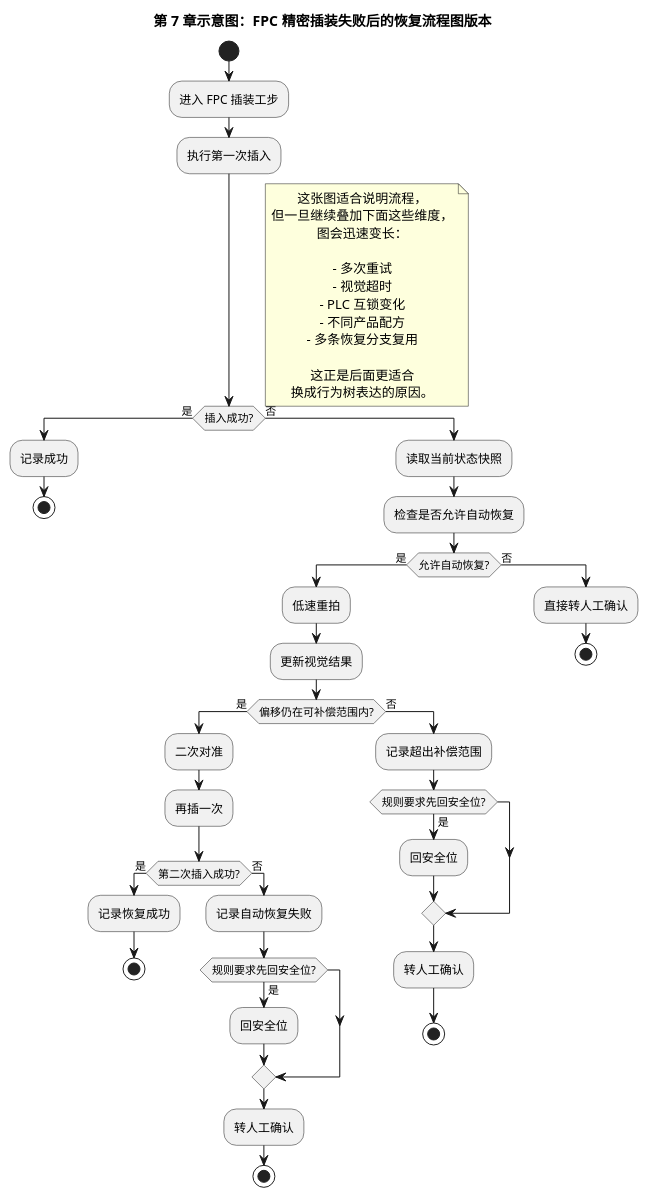
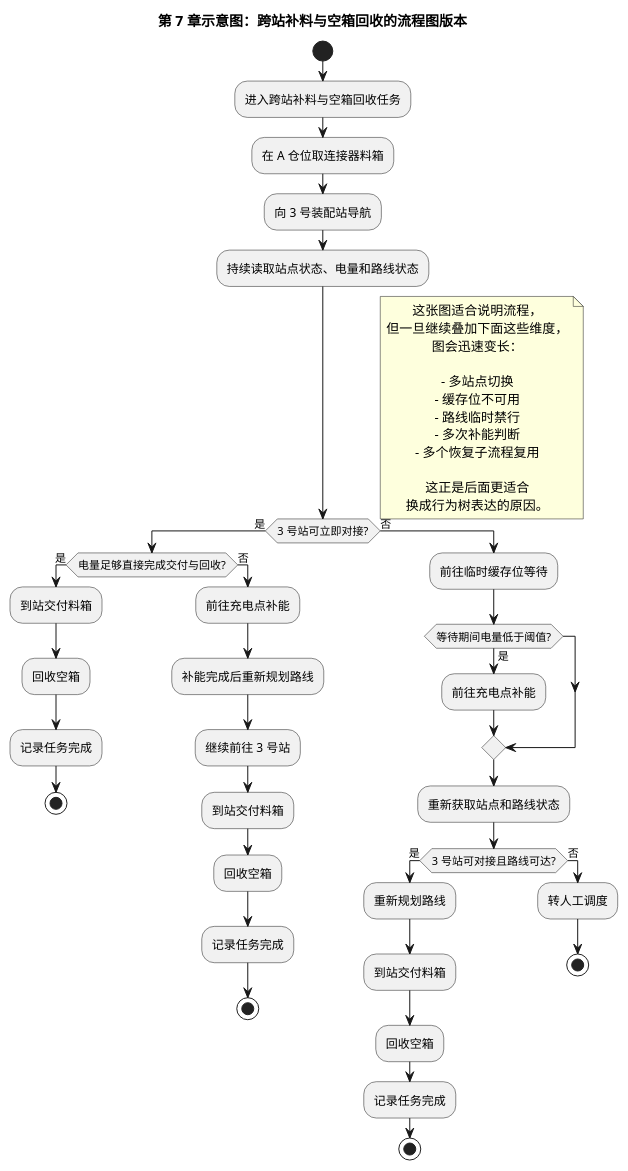
One commit to coolbeevip/coolbeevip.github.io changed the diagram in content/posts/embodied-ai/abb-isaac-agent-flexible-manufacturing-ai-first/diagrams/abb-isaac-agent-flexible-manufacturing-ai-first-07-why-behavior-tree-flowchart-example.puml. Above: the diagram before and after it, drawn with PlantUML. The commit also changed 5 other files, not shown here.

```diff
--- a/content/posts/embodied-ai/abb-isaac-agent-flexible-manufacturing-ai-first/diagrams/abb-isaac-agent-flexible-manufacturing-ai-first-07-why-behavior-tree-flowchart-example.puml
+++ b/content/posts/embodied-ai/abb-isaac-agent-flexible-manufacturing-ai-first/diagrams/abb-isaac-agent-flexible-manufacturing-ai-first-07-why-behavior-tree-flowchart-example.puml
@@ -1,74 +1,66 @@
 @startuml
-title 第 7 章示意图：FPC 精密插装失败后的恢复流程图版本
+title 第 7 章示意图：跨站补料与空箱回收的流程图版本
 
 skinparam shadowing false
 skinparam defaultTextAlignment center
 skinparam wrapWidth 220
 
 start
 
-:进入 FPC 插装工步;
-:执行第一次插入;
+:进入跨站补料与空箱回收任务;
+:在 A 仓位取连接器料箱;
+:向 3 号装配站导航;
+:持续读取站点状态、电量和路线状态;
 
-if (插入成功?) then (是)
-  :记录成功;
-  stop
+if (3 号站可立即对接?) then (是)
+  if (电量足够直接完成交付与回收?) then (是)
+    :到站交付料箱;
+    :回收空箱;
+    :记录任务完成;
+    stop
+  else (否)
+    :前往充电点补能;
+    :补能完成后重新规划路线;
+    :继续前往 3 号站;
+    :到站交付料箱;
+    :回收空箱;
+    :记录任务完成;
+    stop
+  endif
 else (否)
-  :读取当前状态快照;
-  :检查是否允许自动恢复;
+  :前往临时缓存位等待;
 
-  if (允许自动恢复?) then (是)
-    :低速重拍;
-    :更新视觉结果;
+  if (等待期间电量低于阈值?) then (是)
+    :前往充电点补能;
+  endif
 
-    if (偏移仍在可补偿范围内?) then (是)
-      :二次对准;
-      :再插一次;
+  :重新获取站点和路线状态;
 
-      if (第二次插入成功?) then (是)
-        :记录恢复成功;
-        stop
-      else (否)
-        :记录自动恢复失败;
-
-        if (规则要求先回安全位?) then (是)
-          :回安全位;
-        endif
-
-        :转人工确认;
-        stop
-      endif
-
-    else (否)
-      :记录超出补偿范围;
-
-      if (规则要求先回安全位?) then (是)
-        :回安全位;
-      endif
-
-      :转人工确认;
-      stop
-    endif
-
+  if (3 号站可对接且路线可达?) then (是)
+    :重新规划路线;
+    :到站交付料箱;
+    :回收空箱;
+    :记录任务完成;
+    stop
   else (否)
-    :直接转人工确认;
+    :转人工调度;
     stop
   endif
 endif
 
 note right
 这张图适合说明流程，
 但一旦继续叠加下面这些维度，
 图会迅速变长：
 
-- 多次重试
-- 视觉超时
-- PLC 互锁变化
-- 不同产品配方
-- 多条恢复分支复用
+- 多站点切换
+- 缓存位不可用
+- 路线临时禁行
+- 多次补能判断
+- 多个恢复子流程复用
 
 这正是后面更适合
 换成行为树表达的原因。
 end note
 
 @enduml
```
